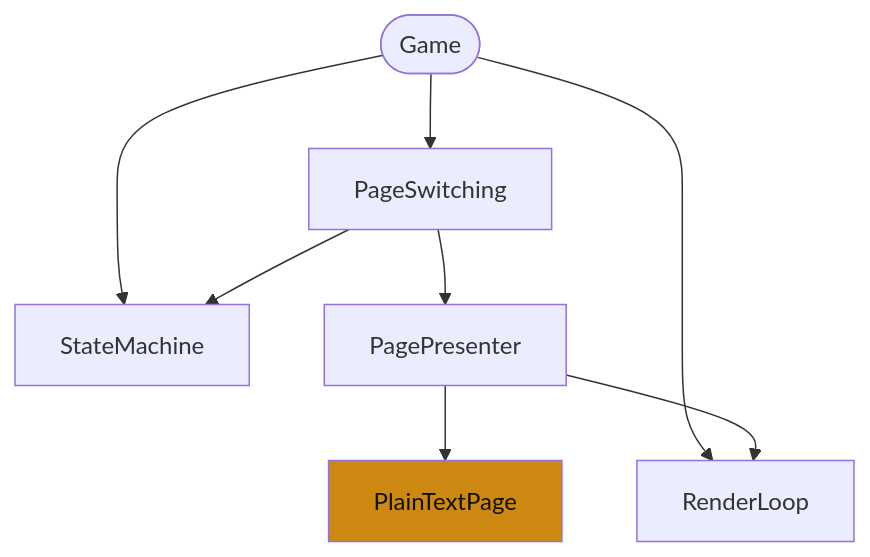
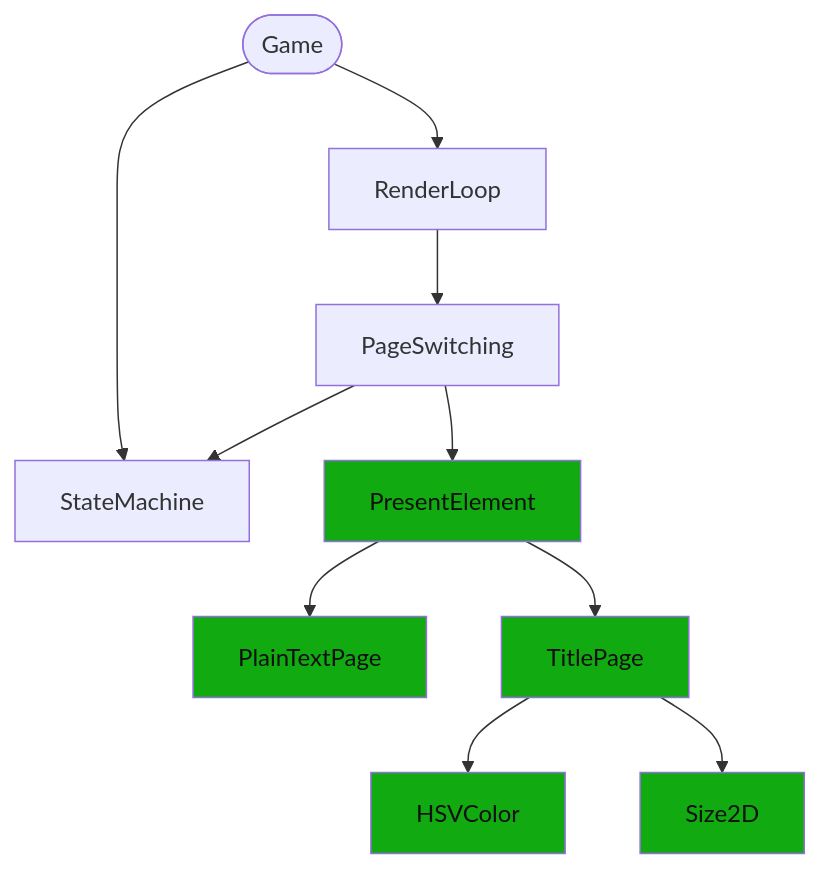
One commit to rduckengineer/danteo changed the diagram in ROADMAP.md. Above: the diagram before and after it, drawn with Mermaid. The commit also changed 13 other files, not shown here.

````diff
--- a/ROADMAP.md
+++ b/ROADMAP.md
@@ -1,16 +1,22 @@
 ```mermaid
 graph
   classDef done fill:#1A1,color:#111;
   classDef inprogress fill:#C81,color:#111;
 
   game([Game]) --> StateMachine
-  game --> PageSwitching
-  PageSwitching --> PagePresenter
+  game --> RenderLoop
+
+  RenderLoop --> PageSwitching
+
+  PageSwitching --> PresentElement
   PageSwitching --> StateMachine
-  PagePresenter --> PlainTextPage
-  game --> RenderLoop
-  PagePresenter --> RenderLoop
   
-  class , done;
-  class PlainTextPage inprogress;
+  PresentElement --> PlainTextPage
+  PresentElement --> TitlePage
+
+  TitlePage --> HSVColor
+  TitlePage --> Size2D
+
+  class , inprogress;
+  class PlainTextPage,TitlePage,PresentElement,HSVColor,Size2D done;
 ```
````
